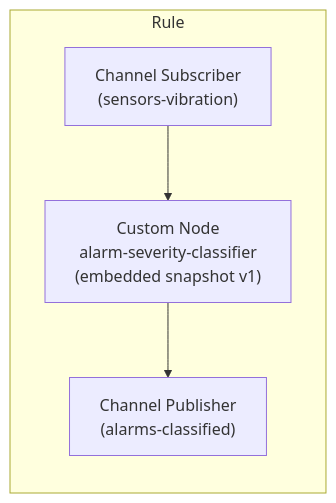
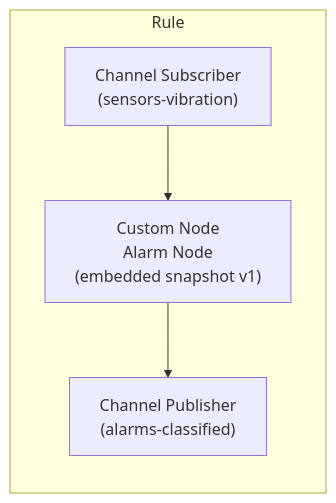
One commit to absmach/website changed the first of 2 diagrams in src/content/blogs/how-to-reuse-rule-logic-magistrala-custom-nodes.md. Above: the diagram before and after it, drawn with Mermaid. The commit also changed other lines of this file and 1 other file, not shown here.

````diff
--- a/src/content/blogs/how-to-reuse-rule-logic-magistrala-custom-nodes.md
+++ b/src/content/blogs/how-to-reuse-rule-logic-magistrala-custom-nodes.md
@@ -113,11 +113,11 @@
 ```mermaid
 flowchart LR
-    A["Channel Subscriber\n(sensors-vibration)"] --> B["Custom Node\nalarm-severity-classifier\n(embedded snapshot v1)"]
+    A["Channel Subscriber\n(sensors-vibration)"] --> B["Custom Node\nAlarm Node\n(embedded snapshot v1)"]
     B --> C["Channel Publisher\n(alarms-classified)"]
 
     subgraph Rule["Rule"]
         A
         B
         C
     end
 ```
````
